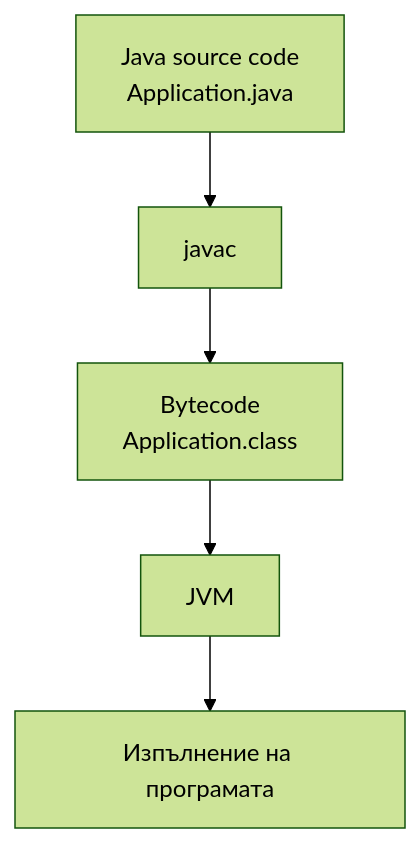
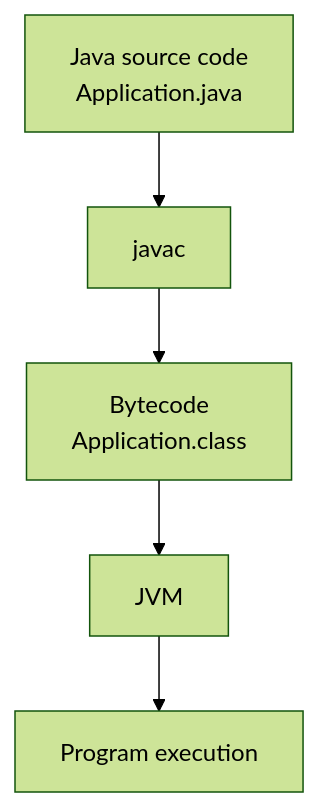
Before and after one commit to programmingfundamental/courses: the second of 3 diagrams in src/content/docs/en/obektno-orientirano-programirane-1-chast/laboratorno-uprazhnenie-01/osnovi-na-programiraneto-s-java-za-nachinaeshi/01-osnovi-java.md, drawn with Mermaid (forest theme). The commit also changed other lines of this file and 14 other files, not shown here.

````diff
--- a/src/content/docs/en/obektno-orientirano-programirane-1-chast/laboratorno-uprazhnenie-01/osnovi-na-programiraneto-s-java-za-nachinaeshi/01-osnovi-java.md
+++ b/src/content/docs/en/obektno-orientirano-programirane-1-chast/laboratorno-uprazhnenie-01/osnovi-na-programiraneto-s-java-za-nachinaeshi/01-osnovi-java.md
@@ -80,7 +80,7 @@
 ```mermaid
 flowchart TD
     A["Java source code<br/>Application.java"] --> B["javac"]
     B --> C["Bytecode<br/>Application.class"]
     C --> D["JVM"]
-    D --> E["Изпълнение на програмата"]
+    D --> E["Program execution"]
 ```
````
